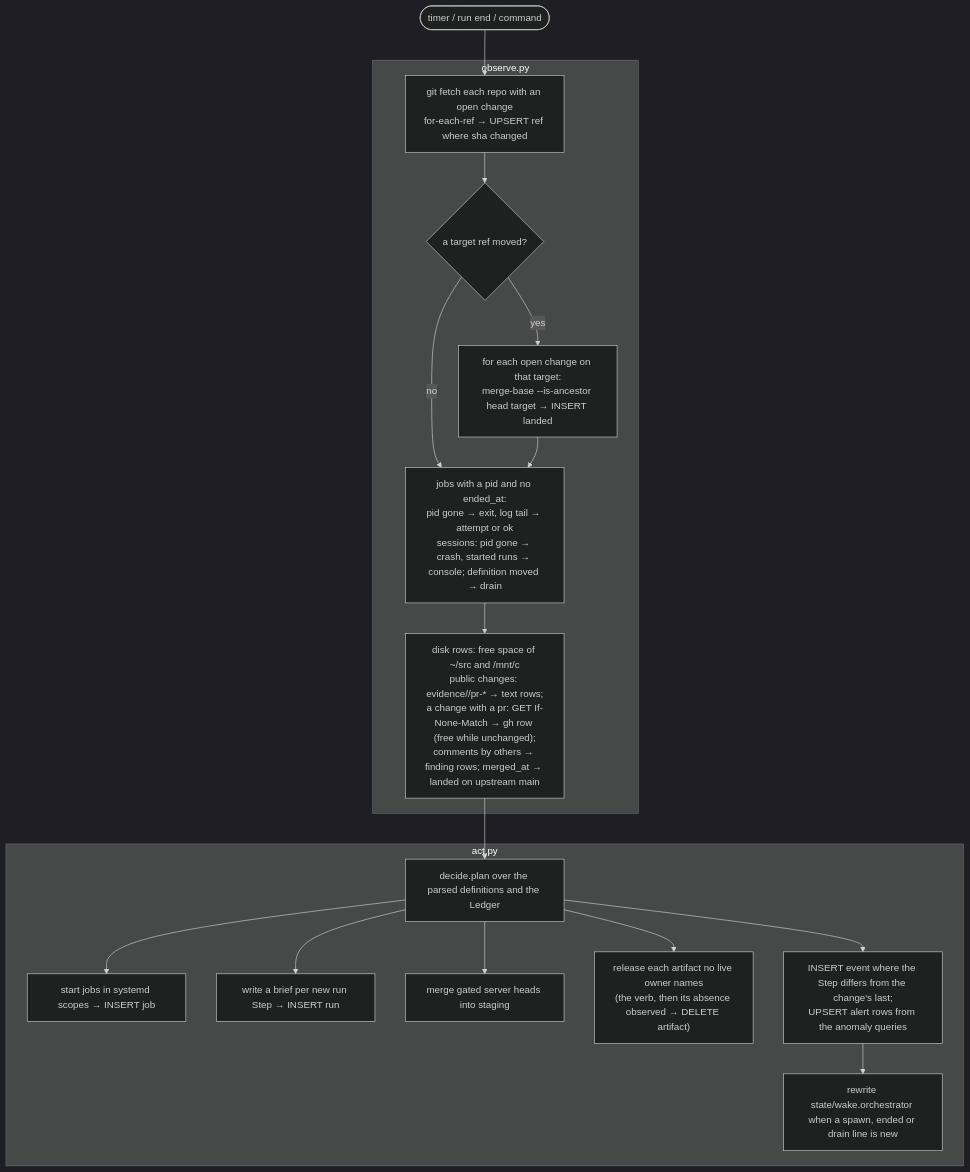
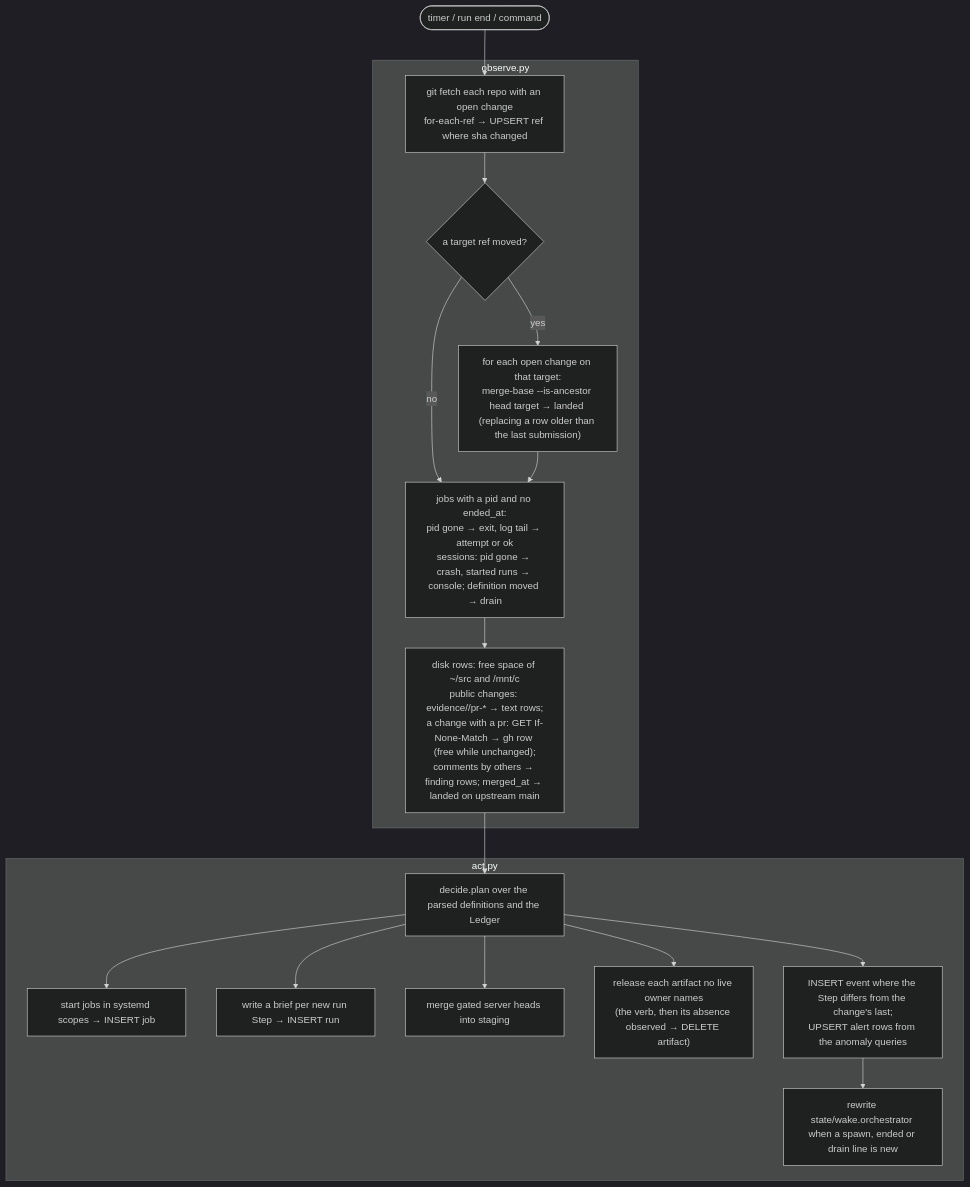
The third of 7 diagrams in docs/ARCHITECTURE.md (AlexPerrin/RuneHarness), drawn with Mermaid (dark theme) before and after one commit. The commit also changed other lines of this file and 5 other files, not shown here.

First line of the commit message:
A landed row is void once its change has a newer submission (M1): a fixed head merges into staging and goes live again; goblin-367-rsprox-dump at P1 (the user: Goblin Diplomacy before Hunter)

````diff
--- a/docs/ARCHITECTURE.md
+++ b/docs/ARCHITECTURE.md
@@ -318,20 +318,20 @@
 ```mermaid
 flowchart TD
   T0([timer / run end / command]) --> F
   subgraph OBS["observe.py"]
     F["git fetch each repo with an open change<br/>for-each-ref → UPSERT ref where sha changed"] --> L{"a target ref moved?"}
-    L -- yes --> LA["for each open change on that target:<br/>merge-base --is-ancestor head target → INSERT landed"]
+    L -- yes --> LA["for each open change on that target:<br/>merge-base --is-ancestor head target → landed (replacing a row older than the last submission)"]
     L -- no --> P
     LA --> P["jobs with a pid and no ended_at:<br/>pid gone → exit, log tail → attempt or ok<br/>sessions: pid gone → crash, started runs → console; definition moved → drain"]
     P --> GH["disk rows: free space of ~/src and /mnt/c<br/>public changes: evidence/<slug>/pr-* → text rows;<br/>a change with a pr: GET If-None-Match → gh row (free while unchanged);<br/>comments by others → finding rows; merged_at → landed on upstream main"]
   end
   GH --> D["decide.plan over the parsed definitions and the Ledger"]
   subgraph ACT["act.py"]
     D --> S["start jobs in systemd scopes → INSERT job"]
     D --> B["write a brief per new run Step → INSERT run"]
     D --> M["merge gated server heads into staging"]
     D --> R["release each artifact no live owner names<br/>(the verb, then its absence observed → DELETE artifact)"]
     D --> E["INSERT event where the Step differs from the change's last;<br/>UPSERT alert rows from the anomaly queries"]
     E --> W["rewrite state/wake.orchestrator when a spawn, ended or drain line is new"]
   end
 ```
````
